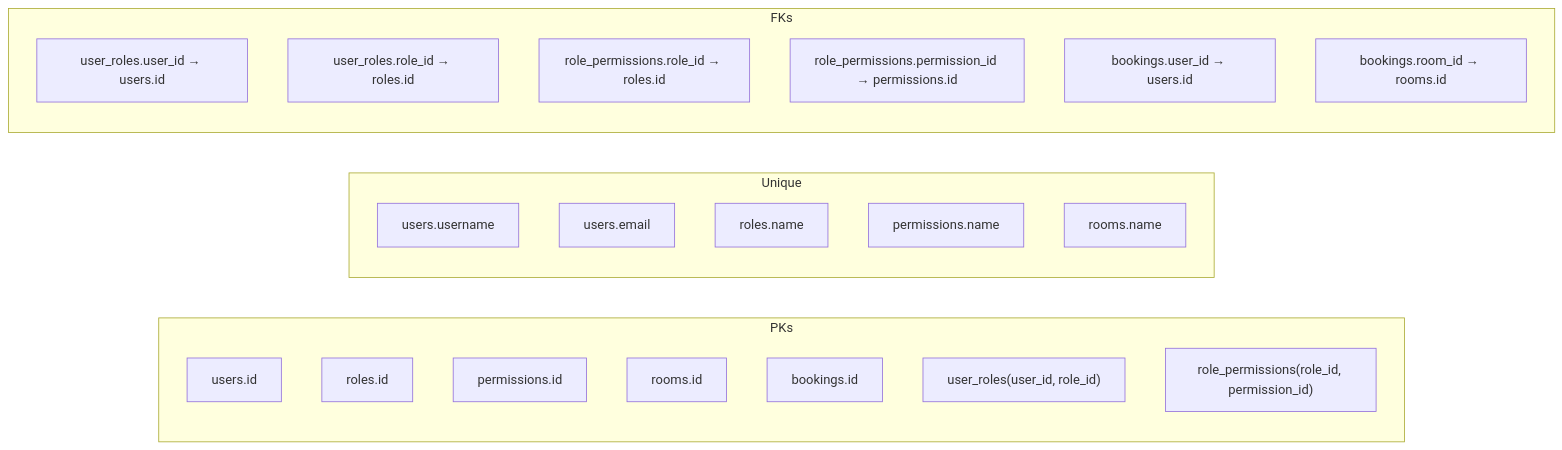
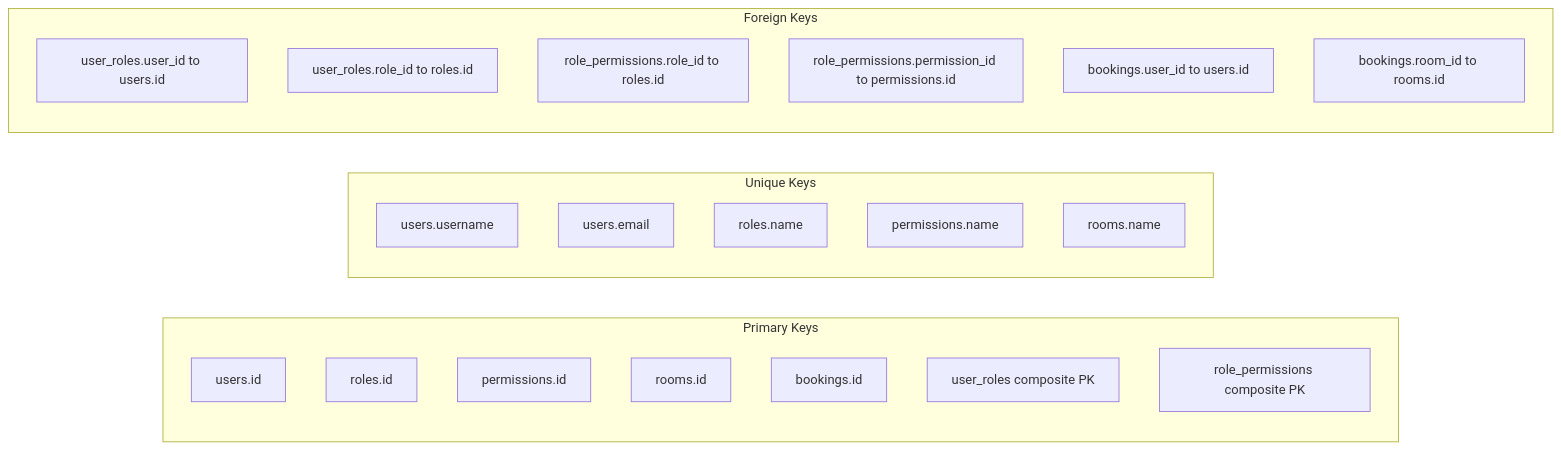
The eighth of 17 diagrams in Readme.md (gnanavi030/booking-system), drawn with Mermaid before and after one commit. The commit also changed other lines of this file, not shown here.

````diff
--- a/Readme.md
+++ b/Readme.md
@@ -404,29 +404,29 @@
 ```mermaid
 flowchart LR
-    subgraph PKs
+    subgraph PKs[Primary Keys]
         U_PK[users.id]
         R_PK[roles.id]
         P_PK[permissions.id]
         RM_PK[rooms.id]
         B_PK[bookings.id]
-        UR_PK["user_roles(user_id, role_id)"]
-        RP_PK["role_permissions(role_id, permission_id)"]
+        UR_PK[user_roles composite PK]
+        RP_PK[role_permissions composite PK]
     end
 
-    subgraph Unique
+    subgraph UniqueKeys[Unique Keys]
         U_UN[users.username]
         U_EM[users.email]
         R_UN[roles.name]
         P_UN[permissions.name]
         RM_UN[rooms.name]
     end
 
-    subgraph FKs
-        UR_U[user_roles.user_id → users.id]
-        UR_R[user_roles.role_id → roles.id]
-        RP_R[role_permissions.role_id → roles.id]
-        RP_P[role_permissions.permission_id → permissions.id]
-        B_U[bookings.user_id → users.id]
-        B_R[bookings.room_id → rooms.id]
+    subgraph FKs[Foreign Keys]
+        UR_U[user_roles.user_id to users.id]
+        UR_R[user_roles.role_id to roles.id]
+        RP_R[role_permissions.role_id to roles.id]
+        RP_P[role_permissions.permission_id to permissions.id]
+        B_U[bookings.user_id to users.id]
+        B_R[bookings.room_id to rooms.id]
     end
 ```
````
